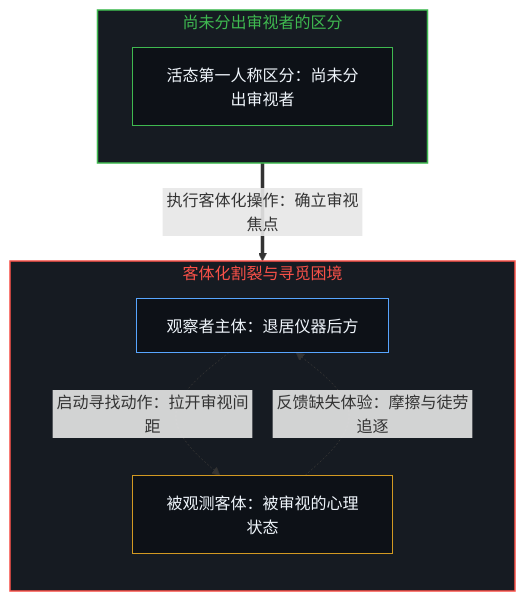
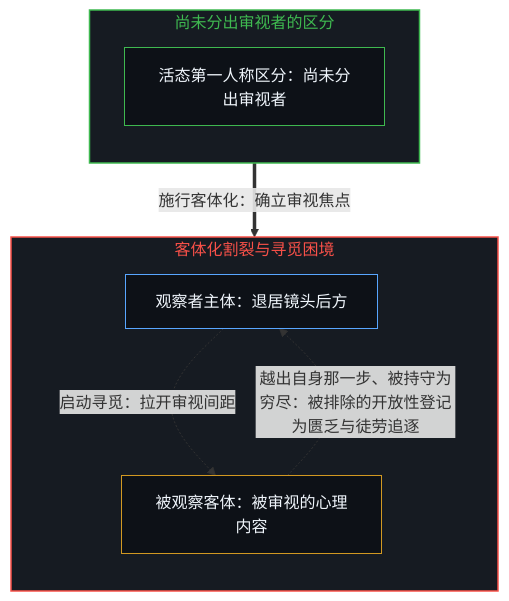
Before and after one commit to powerpig99/not-a-toe: the first of 6 diagrams in content/posts/the-grammar-of-finding-and-the-fading-observer.md, drawn with Mermaid. The commit also changed other lines of this file and 18 other files, not shown here.

````diff
--- a/content/posts/the-grammar-of-finding-and-the-fading-observer.md
+++ b/content/posts/the-grammar-of-finding-and-the-fading-observer.md
@@ -27,20 +27,20 @@
 ```mermaid
 graph TD
     subgraph S_Unified ["尚未分出审视者的区分"]
         direction TB
         style S_Unified fill:#161b22,stroke:#3fb950,stroke-width:1.5px,color:#3fb950
         U1["活态第一人称区分：尚未分出审视者"]
         style U1 fill:#0d1117,stroke:#3fb950,stroke-width:1px,color:#f0f6fc
     end
-    U1 ==>|"执行客体化操作：确立审视焦点"| O1
+    U1 ==>|"施行客体化：确立审视焦点"| O1
     subgraph S_Split ["客体化割裂与寻觅困境"]
         direction TB
         style S_Split fill:#161b22,stroke:#f85149,stroke-width:1.5px,color:#f85149
-        O1["观察者主体：退居仪器后方"]
-        O2["被观测客体：被审视的心理状态"]
-        O1 -.->|"启动寻找动作：拉开审视间距"| O2
-        O2 -.->|"反馈缺失体验：摩擦与徒劳追逐"| O1
+        O1["观察者主体：退居镜头后方"]
+        O2["被观察客体：被审视的心理内容"]
+        O1 -.->|"启动寻觅：拉开审视间距"| O2
+        O2 -.->|"越出自身那一步、被持守为穷尽：被排除的开放性登记为匮乏与徒劳追逐"| O1
         style O1 fill:#0d1117,stroke:#58a6ff,stroke-width:1px,color:#f0f6fc
         style O2 fill:#0d1117,stroke:#d29922,stroke-width:1px,color:#f0f6fc
     end
 ```
````
